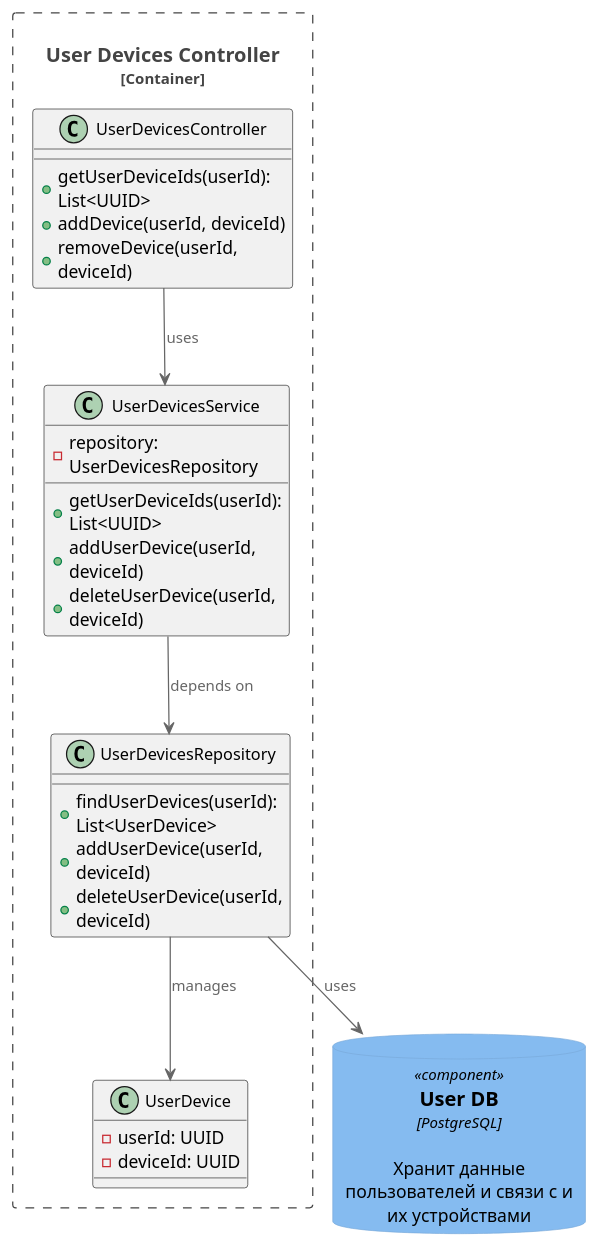
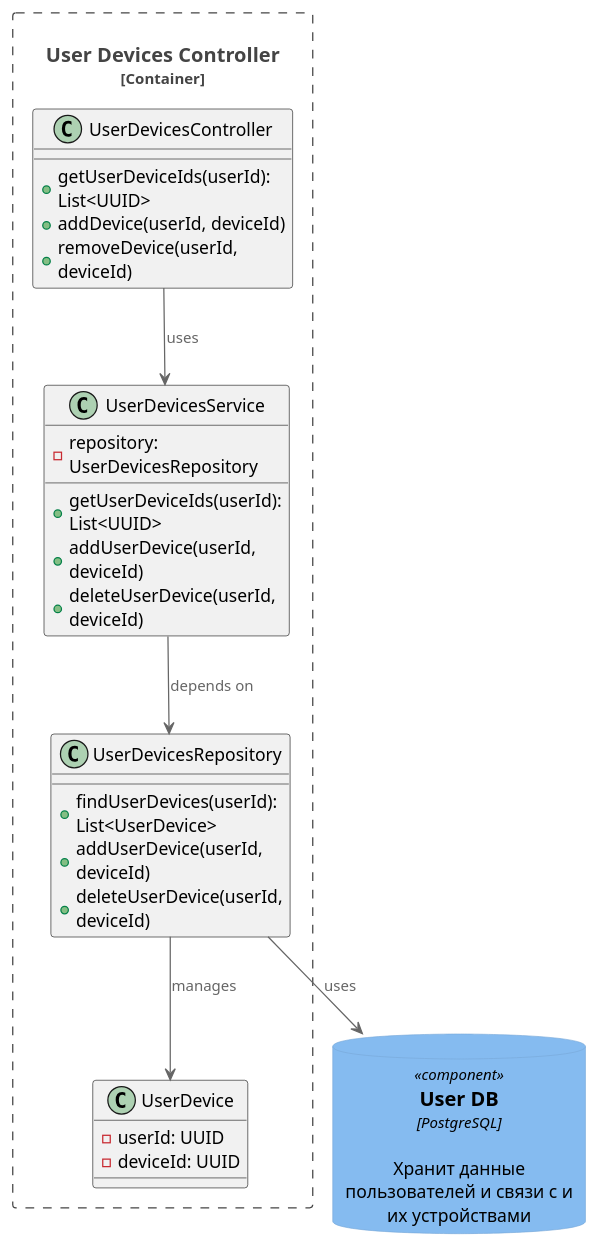
Before and after one commit to ZhurkinAngular/Warmhouse: the diagram in schemas/Code_User_Devices_task_2.puml, drawn with PlantUML. The commit also changed 1 other file, not shown here.

Commit message:
Warmhouse c4 diagrams, ER-diagram fixes

```diff
--- a/schemas/Code_User_Devices_task_2.puml
+++ b/schemas/Code_User_Devices_task_2.puml
@@ -1,42 +1,41 @@
 @startuml
 !include https://raw.githubusercontent.com/plantuml-stdlib/C4-PlantUML/master/C4_Component.puml
 !include https://raw.githubusercontent.com/plantuml-stdlib/C4-PlantUML/master/C4_Container.puml
 
 allow_mixing
-skinparam classFontSize 13
 
 Container_Boundary(devices, "User Devices Controller") {
     class UserDevicesController {
         + getUserDeviceIds(userId): List<UUID>
         + addDevice(userId, deviceId)
         + removeDevice(userId, deviceId)
     }
 
     class UserDevicesService {
         - repository: UserDevicesRepository
         + getUserDeviceIds(userId): List<UUID>
         + addUserDevice(userId, deviceId)
         + deleteUserDevice(userId, deviceId)
     }
 
     class UserDevicesRepository {
         + findUserDevices(userId): List<UserDevice>
         + addUserDevice(userId, deviceId)
         + deleteUserDevice(userId, deviceId)
     }
 
     class UserDevice {
         - userId: UUID
         - deviceId: UUID
     }
 
     UserDevicesController --> UserDevicesService : uses
     UserDevicesService --> UserDevicesRepository : depends on
     UserDevicesRepository --> UserDevice : manages
 }
 
 ComponentDb(dbUser, "User DB", "PostgreSQL", "Хранит данные пользователей и связи с и их устройствами")
 
 UserDevicesRepository --> dbUser : uses
 
 @enduml
```
